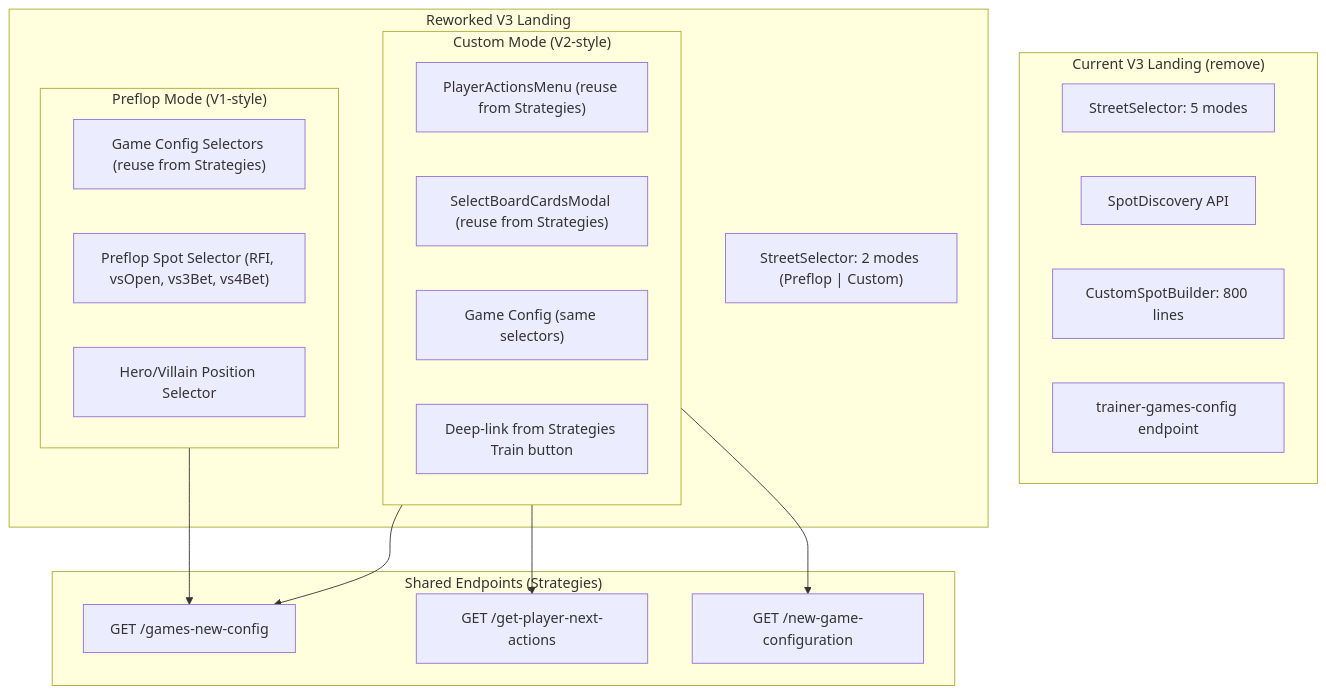
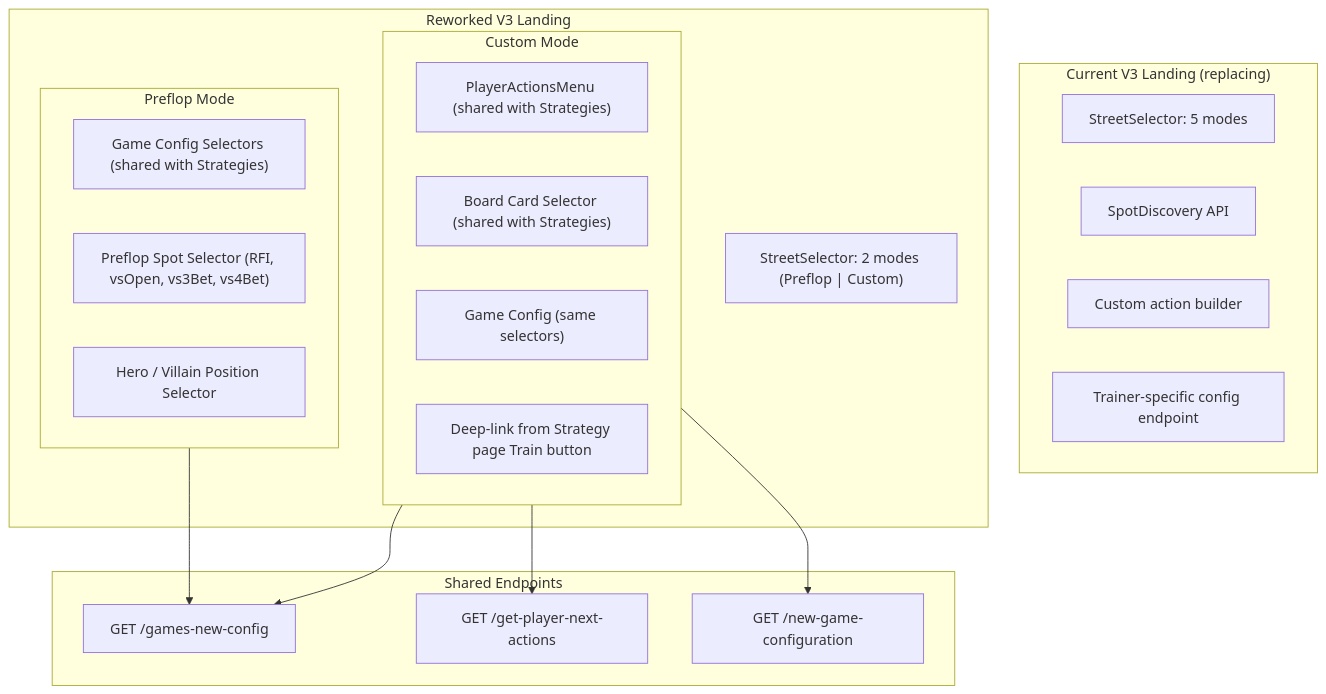
The diagram in canshare.md (SidVedi/Hack2024), drawn with Mermaid before and after one commit. The commit also changed other lines of this file, not shown here.

````diff
--- a/canshare.md
+++ b/canshare.md
@@ -44,35 +42,35 @@
 ```mermaid
 flowchart TB
-  subgraph current ["Current V3 Landing (remove)"]
+  subgraph current ["Current V3 Landing (replacing)"]
     SS["StreetSelector: 5 modes"]
     SD["SpotDiscovery API"]
-    CSB["CustomSpotBuilder: 800 lines"]
-    TGC["trainer-games-config endpoint"]
+    CSB["Custom action builder"]
+    TGC["Trainer-specific config endpoint"]
   end
 
   subgraph reworked ["Reworked V3 Landing"]
     SS2["StreetSelector: 2 modes (Preflop | Custom)"]
-    subgraph preflop ["Preflop Mode (V1-style)"]
-      GC["Game Config Selectors (reuse from Strategies)"]
+    subgraph preflop ["Preflop Mode"]
+      GC["Game Config Selectors (shared with Strategies)"]
       PS["Preflop Spot Selector (RFI, vsOpen, vs3Bet, vs4Bet)"]
-      POS["Hero/Villain Position Selector"]
+      POS["Hero / Villain Position Selector"]
     end
-    subgraph custom ["Custom Mode (V2-style)"]
-      PAM["PlayerActionsMenu (reuse from Strategies)"]
-      BCM["SelectBoardCardsModal (reuse from Strategies)"]
+    subgraph custom ["Custom Mode"]
+      PAM["PlayerActionsMenu (shared with Strategies)"]
+      BCM["Board Card Selector (shared with Strategies)"]
       GC2["Game Config (same selectors)"]
-      DL["Deep-link from Strategies Train button"]
+      DL["Deep-link from Strategy page Train button"]
     end
   end
 
-  subgraph endpoints ["Shared Endpoints (Strategies)"]
+  subgraph endpoints ["Shared Endpoints"]
     GNC["GET /games-new-config"]
     GPNA["GET /get-player-next-actions"]
     NGC["GET /new-game-configuration"]
   end
 
   preflop --> GNC
   custom --> GNC
   custom --> GPNA
   custom --> NGC
 ```
````
